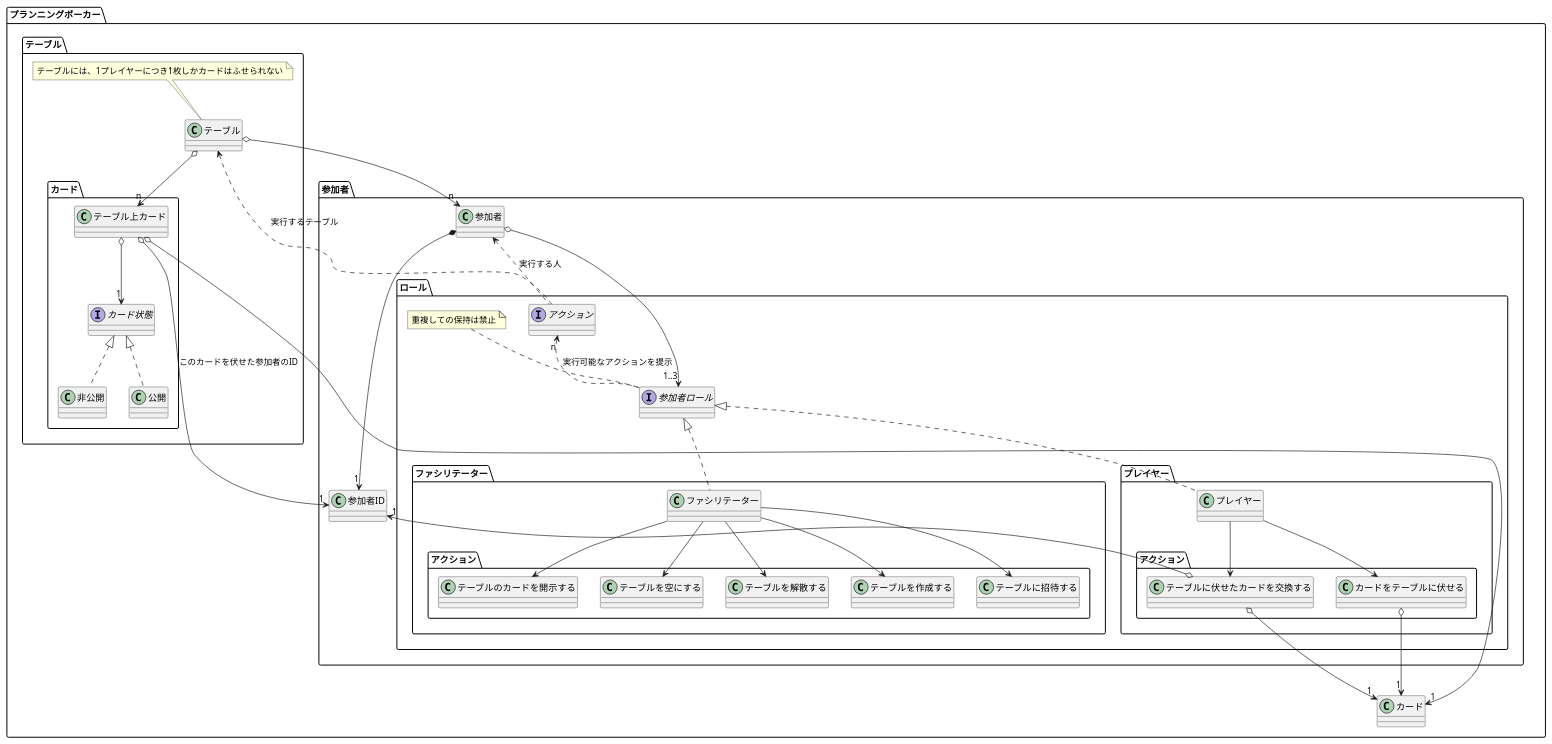
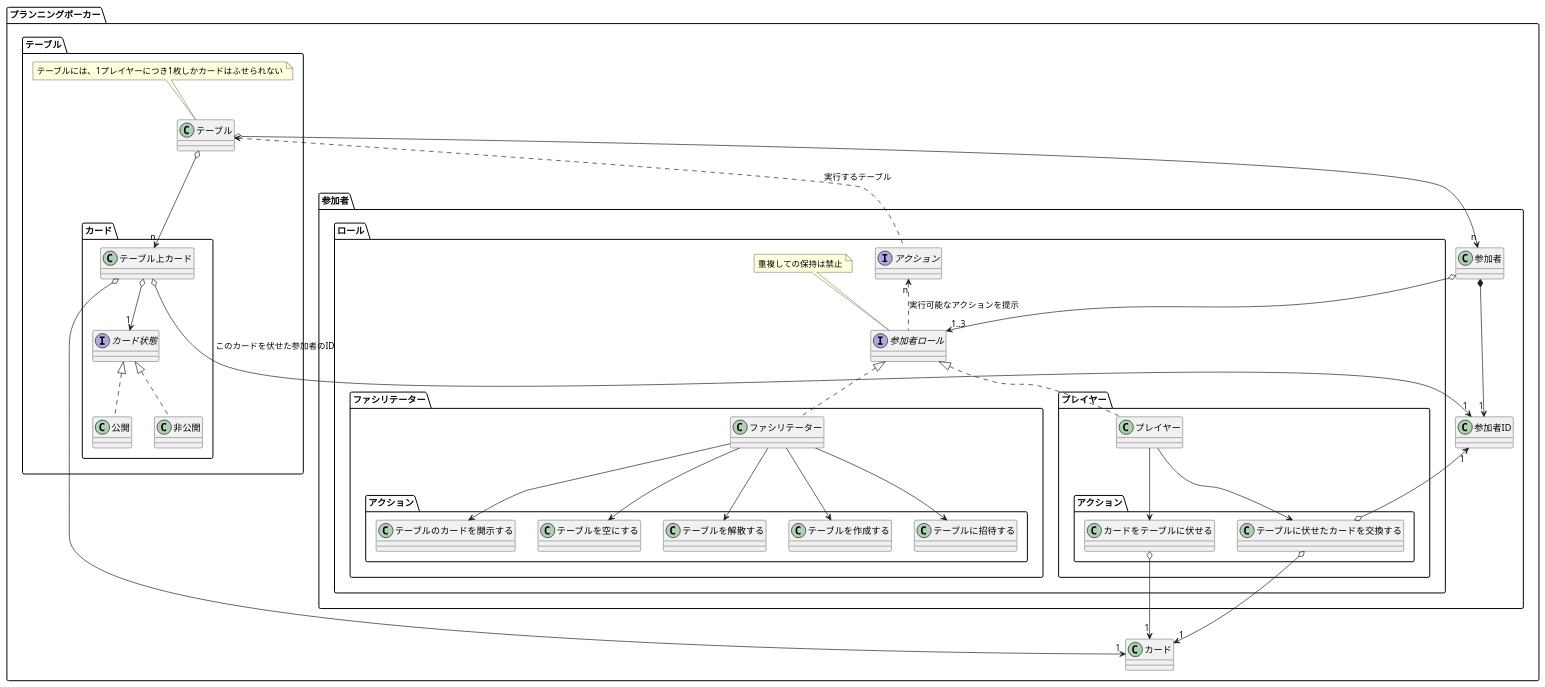
Before and after one commit to tooppoo/planning-poker-modeling-practice: the diagram in docs/info.puml, drawn with PlantUML. The commit also changed 6 other files, not shown here.

```diff
--- a/docs/info.puml
+++ b/docs/info.puml
@@ -1,80 +1,79 @@
 @startuml 情報モデル
 
 package プランニングポーカー {
   class "カード" as card
 
   package "テーブル" as tablePkg {
     class "テーブル" as table
     note top of table
       テーブルには、1プレイヤーにつき1枚しかカードはふせられない
     end note
   }
 
   package 参加者 {
     class "参加者" as member
     class "参加者ID" as memberId
 
     member *--> "1" memberId
     package "ロール" as rolePkg {
       interface "参加者ロール" as memberRole
       member o--> "1..3" memberRole
 
       note top of memberRole
         重複しての保持は禁止
       end note
 
       interface "アクション" as action
-      action .u.> member : 実行する人
       action .u.> table : 実行するテーブル
 
       memberRole .u.> "n" action : 実行可能なアクションを提示
 
       package "ファシリテーター" as facilitatorPkg {
         class "ファシリテーター" as facilitator
         facilitator .u.|> memberRole
 
         package "アクション" as facilitatorAction {
           facilitator --> テーブルを作成する
           facilitator --> テーブルに招待する
           facilitator --> テーブルのカードを開示する
           facilitator --> テーブルを空にする
           facilitator --> テーブルを解散する
         }
       }
       package "プレイヤー" as playerPkg {
         class "プレイヤー" as player
         player .u.|> memberRole
 
         package "アクション" as playerAction {
           player --> カードをテーブルに伏せる
           カードをテーブルに伏せる o--> "1" card
 
           player --> テーブルに伏せたカードを交換する
           テーブルに伏せたカードを交換する o-u-> "1" memberId
           テーブルに伏せたカードを交換する o--> "1" card
         }
       }
     }
   }
 
   package "テーブル" as tablePkg {
     package "カード" as cardOnTablePkg {
       class "テーブル上カード" as cardOnTable
 
       interface "カード状態" as cardState
       cardState <|.. 非公開
       cardState <|.. 公開
 
       cardOnTable o--> "1" cardState
       cardOnTable o--> "1" card
       cardOnTable o--> "1" memberId : このカードを伏せた参加者のID
     }
 
     table o--> "n" member
     table o--> "n" cardOnTable
   }
 
 
 
 }
 @enduml
```
